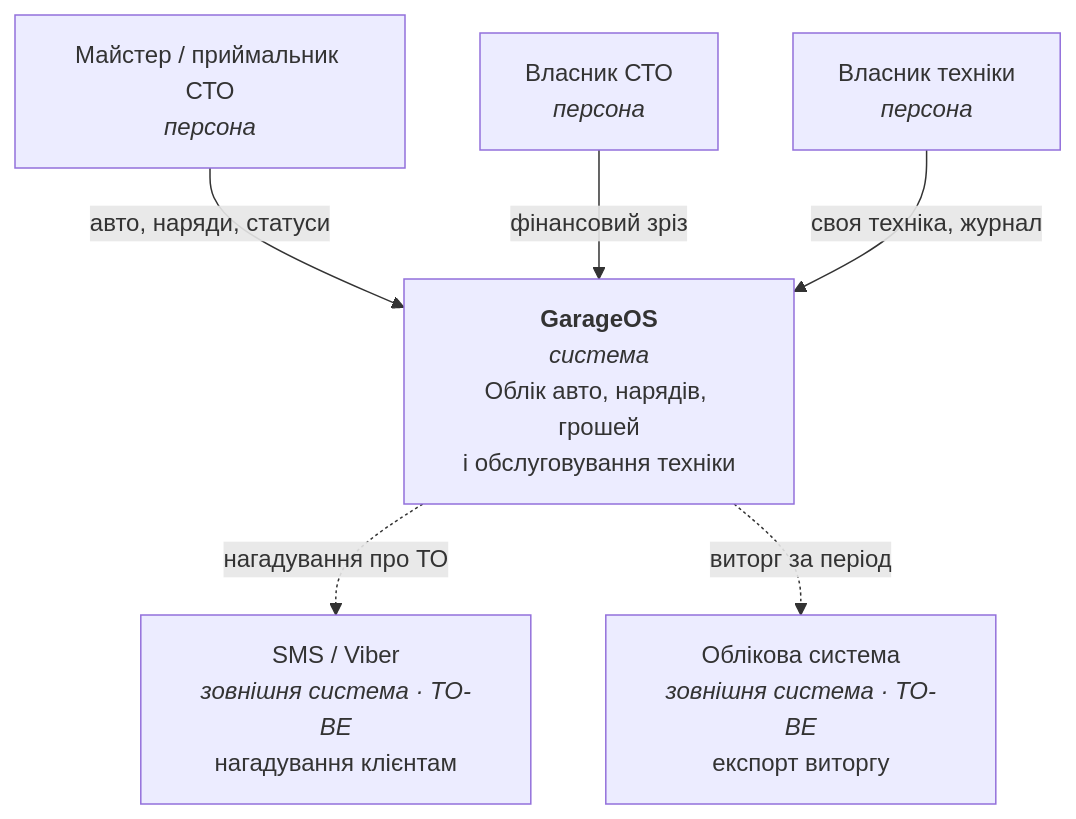
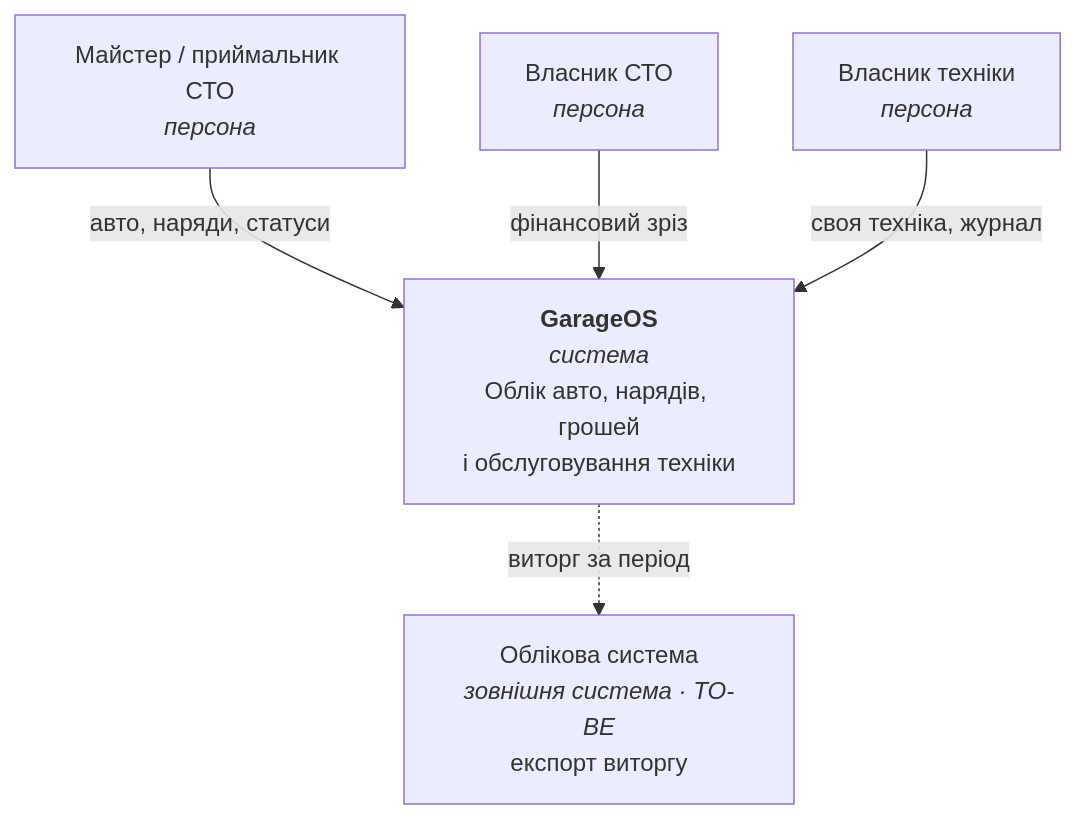
One commit to maksymkrat/GarageOS changed the diagram in docs/atlas/00-overview.md. Above: the diagram before and after it, drawn with Mermaid. The commit also changed other lines of this file and 38 other files, not shown here.

````diff
--- a/docs/atlas/00-overview.md
+++ b/docs/atlas/00-overview.md
@@ -54,18 +53,16 @@
 ```mermaid
 flowchart TB
     master["Майстер / приймальник СТО<br/><i>персона</i>"]
     owner["Власник СТО<br/><i>персона</i>"]
     driver["Власник техніки<br/><i>персона</i>"]
 
     garageos["<b>GarageOS</b><br/><i>система</i><br/>Облік авто, нарядів, грошей<br/>і обслуговування техніки"]
 
-    messaging["SMS / Viber<br/><i>зовнішня система · TO-BE</i><br/>нагадування клієнтам"]
     accounting["Облікова система<br/><i>зовнішня система · TO-BE</i><br/>експорт виторгу"]
 
     master -->|авто, наряди, статуси| garageos
     owner -->|фінансовий зріз| garageos
     driver -->|своя техніка, журнал| garageos
 
-    garageos -.->|нагадування про ТО| messaging
     garageos -.->|виторг за період| accounting
 ```
````
